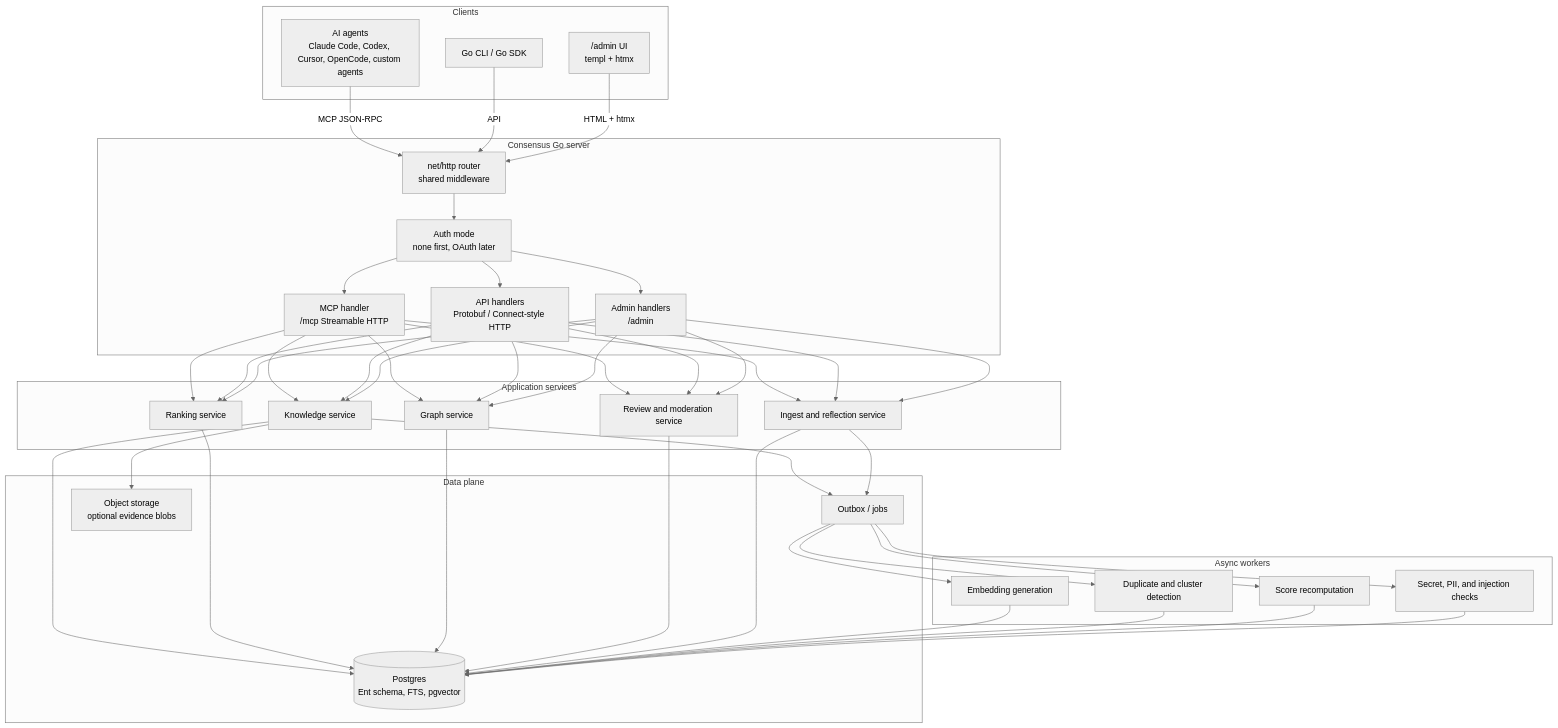
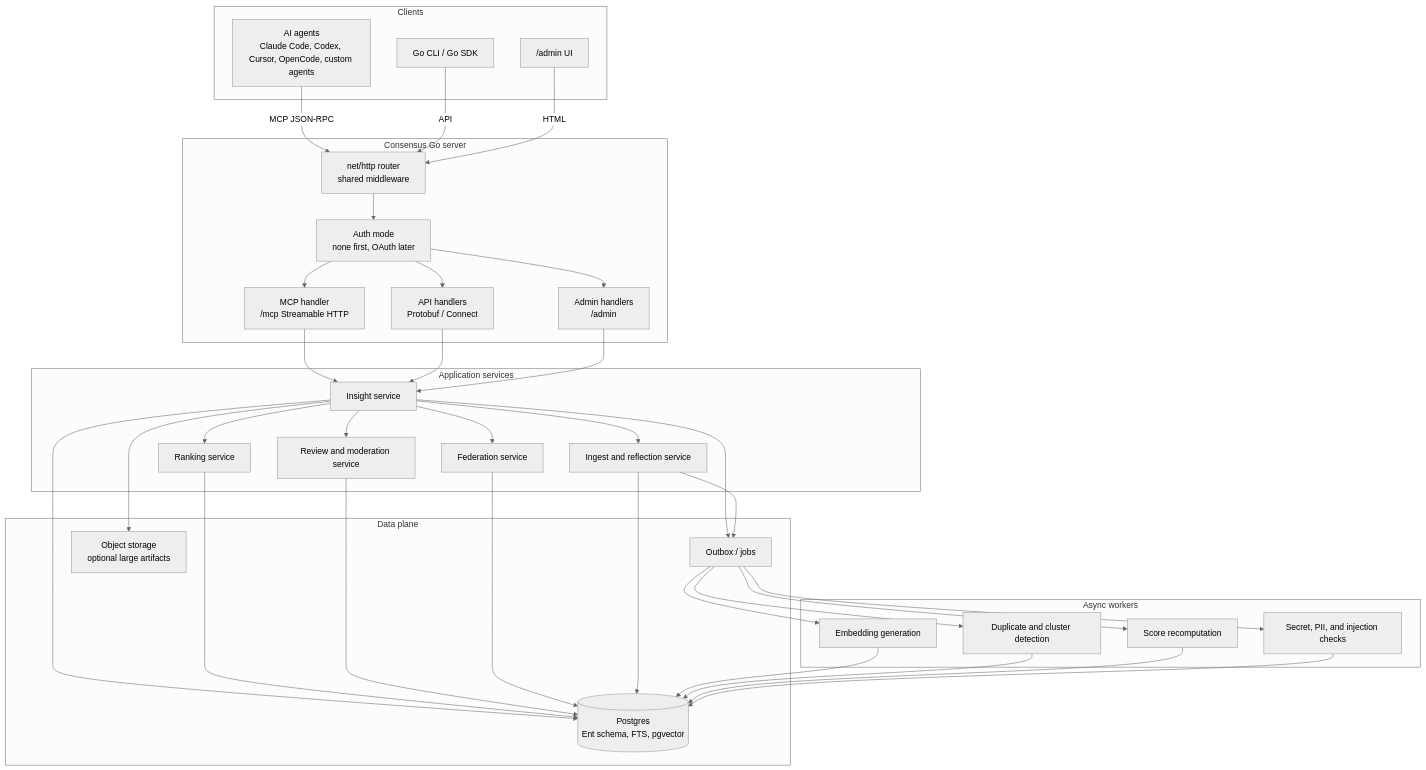
The first of 2 diagrams in docs/architecture.md (loewenthal-corp/consensus), drawn with Mermaid (neutral theme) before and after one commit. The commit also changed other lines of this file and 26 other files, not shown here.

````diff
--- a/docs/architecture.md
+++ b/docs/architecture.md
@@ -58,76 +61,68 @@
 ```mermaid
 flowchart TB
     subgraph Clients["Clients"]
         Agent["AI agents<br/>Claude Code, Codex, Cursor, OpenCode, custom agents"]
         CLI["Go CLI / Go SDK"]
-        Admin["/admin UI<br/>templ + htmx"]
+        Admin["/admin UI"]
     end
 
     subgraph Server["Consensus Go server"]
         HTTP["net/http router<br/>shared middleware"]
         MCP["MCP handler<br/>/mcp Streamable HTTP"]
-        API["API handlers<br/>Protobuf / Connect-style HTTP"]
+        API["API handlers<br/>Protobuf / Connect"]
         AdminUI["Admin handlers<br/>/admin"]
         Auth["Auth mode<br/>none first, OAuth later"]
     end
 
     subgraph Services["Application services"]
-        Knowledge["Knowledge service"]
+        Insight["Insight service"]
         Ranking["Ranking service"]
-        Graph["Graph service"]
         Review["Review and moderation service"]
+        Federation["Federation service"]
         Ingest["Ingest and reflection service"]
     end
 
     subgraph Data["Data plane"]
         PG[("Postgres<br/>Ent schema, FTS, pgvector")]
         Outbox["Outbox / jobs"]
-        ObjectStore["Object storage<br/>optional evidence blobs"]
+        ObjectStore["Object storage<br/>optional large artifacts"]
     end
 
     subgraph Workers["Async workers"]
         Embed["Embedding generation"]
         Dedupe["Duplicate and cluster detection"]
         Score["Score recomputation"]
         Guard["Secret, PII, and injection checks"]
     end
 
     Agent -->|MCP JSON-RPC| HTTP
     CLI -->|API| HTTP
-    Admin -->|HTML + htmx| HTTP
+    Admin -->|HTML| HTTP
     HTTP --> Auth
     Auth --> MCP
     Auth --> API
     Auth --> AdminUI
-    MCP --> Knowledge
-    MCP --> Ranking
-    MCP --> Graph
-    MCP --> Review
-    MCP --> Ingest
-    API --> Knowledge
-    API --> Ranking
-    API --> Graph
-    API --> Review
-    API --> Ingest
-    AdminUI --> Knowledge
-    AdminUI --> Ranking
-    AdminUI --> Graph
-    AdminUI --> Review
-    AdminUI --> Ingest
-    Knowledge --> PG
+    MCP --> Insight
+    API --> Insight
+    AdminUI --> Insight
+    Insight --> Ranking
+    Insight --> Review
+    Insight --> Federation
+    Insight --> Ingest
+    Insight --> PG
     Ranking --> PG
-    Graph --> PG
     Review --> PG
+    Federation --> PG
     Ingest --> PG
-    Knowledge --> Outbox
+    Insight --> Outbox
     Ingest --> Outbox
     Outbox --> Embed
     Outbox --> Dedupe
     Outbox --> Score
     Outbox --> Guard
     Embed --> PG
     Dedupe --> PG
     Score --> PG
     Guard --> PG
-    Knowledge --> ObjectStore
+    Insight --> ObjectStore
 ```
````
